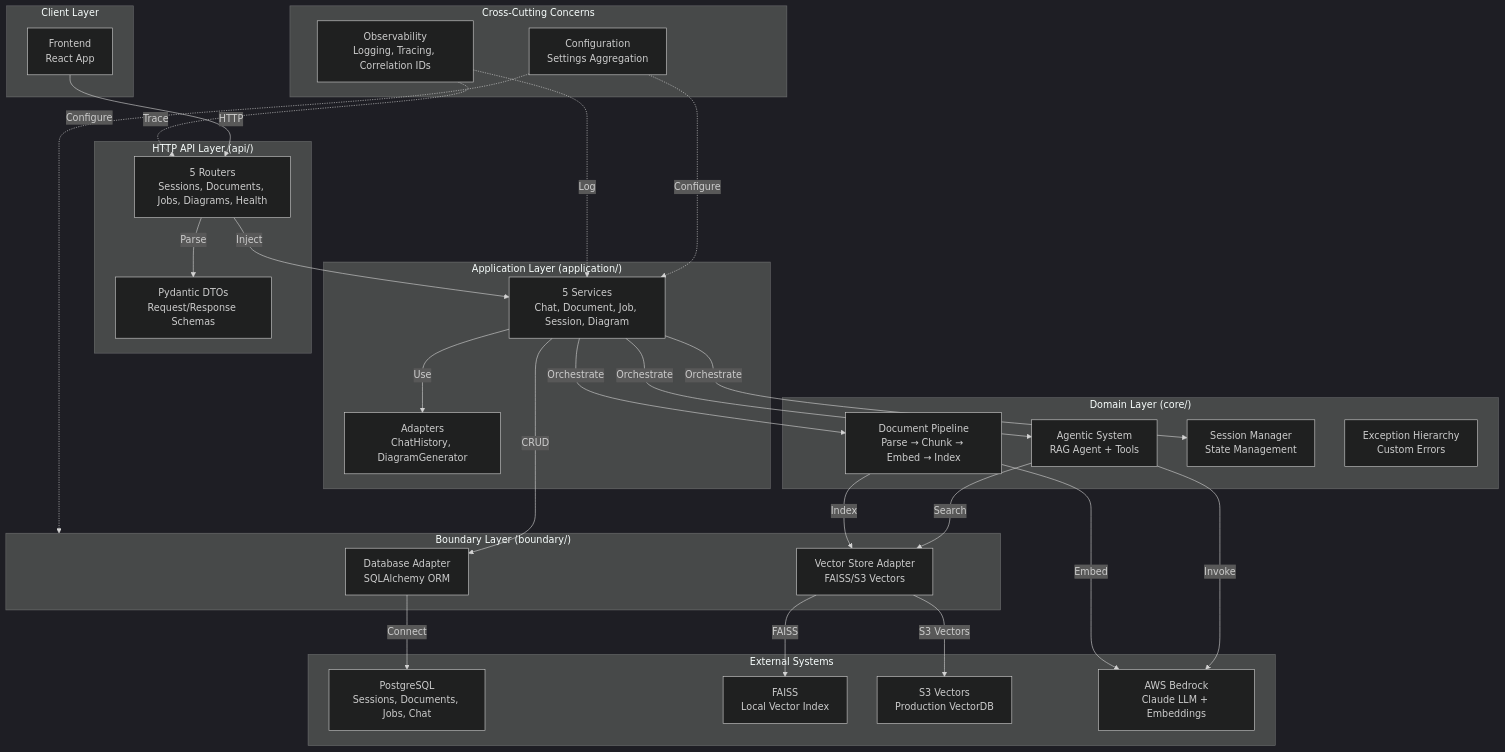
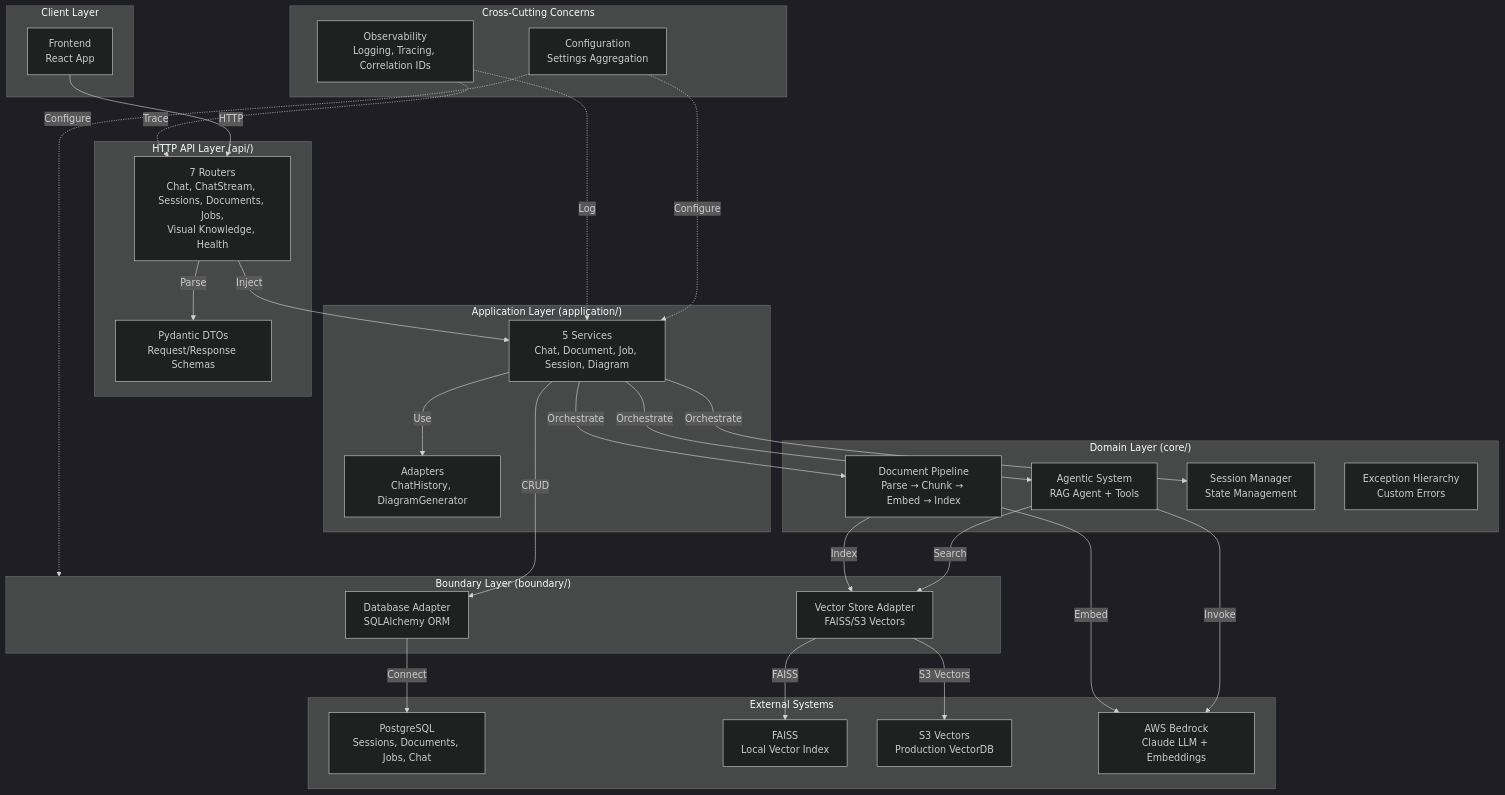
One commit to h19overflow/Student_Helper changed the diagram in backend/README.md. Above: the diagram before and after it, drawn with Mermaid (dark theme). The commit also changed other lines of this file and 7 other files, not shown here.

````diff
--- a/backend/README.md
+++ b/backend/README.md
@@ -22,60 +22,60 @@
 ```mermaid
 graph TB
     subgraph Client["Client Layer"]
         Frontend["Frontend<br/>React App"]
     end
 
     subgraph HTTP["HTTP API Layer (api/)"]
-        Routes["5 Routers<br/>Sessions, Documents, Jobs, Diagrams, Health"]
+        Routes["7 Routers<br/>Chat, ChatStream, Sessions, Documents, Jobs,<br/>Visual Knowledge, Health"]
         Schemas["Pydantic DTOs<br/>Request/Response Schemas"]
     end
 
     subgraph App["Application Layer (application/)"]
         Services["5 Services<br/>Chat, Document, Job, Session, Diagram"]
         Adapters["Adapters<br/>ChatHistory, DiagramGenerator"]
     end
 
     subgraph Core["Domain Layer (core/)"]
         RAG["Agentic System<br/>RAG Agent + Tools"]
         Pipeline["Document Pipeline<br/>Parse → Chunk → Embed → Index"]
         Session["Session Manager<br/>State Management"]
         Error["Exception Hierarchy<br/>Custom Errors"]
     end
 
     subgraph Boundary["Boundary Layer (boundary/)"]
         DB["Database Adapter<br/>SQLAlchemy ORM"]
         VDB["Vector Store Adapter<br/>FAISS/S3 Vectors"]
     end
 
     subgraph External["External Systems"]
         Postgres["PostgreSQL<br/>Sessions, Documents, Jobs, Chat"]
         FAISS["FAISS<br/>Local Vector Index"]
         S3V["S3 Vectors<br/>Production VectorDB"]
         Bedrock["AWS Bedrock<br/>Claude LLM + Embeddings"]
     end
 
     subgraph Cross["Cross-Cutting Concerns"]
         Config["Configuration<br/>Settings Aggregation"]
         Obs["Observability<br/>Logging, Tracing, Correlation IDs"]
     end
 
     Frontend -->|HTTP| Routes
     Routes -->|Inject| Services
     Routes -->|Parse| Schemas
     Services -->|Orchestrate| RAG
     Services -->|Orchestrate| Pipeline
     Services -->|Orchestrate| Session
     Services -->|Use| Adapters
     RAG -->|Search| VDB
     Pipeline -->|Index| VDB
     Services -->|CRUD| DB
     DB -->|Connect| Postgres
     VDB -->|FAISS| FAISS
     VDB -->|S3 Vectors| S3V
     RAG -->|Invoke| Bedrock
     Pipeline -->|Embed| Bedrock
     Config -.->|Configure| Services
     Config -.->|Configure| Boundary
     Obs -.->|Trace| Routes
     Obs -.->|Log| Services
 ```
````
